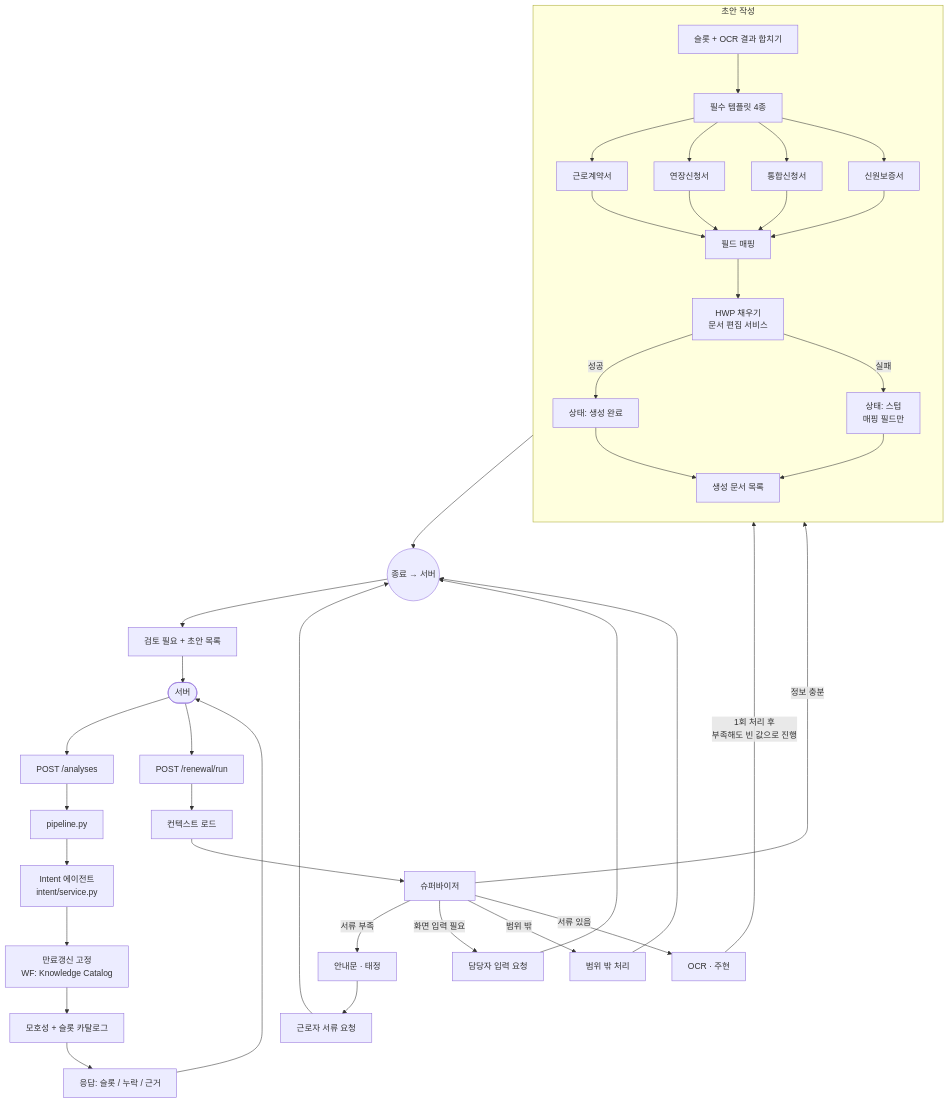
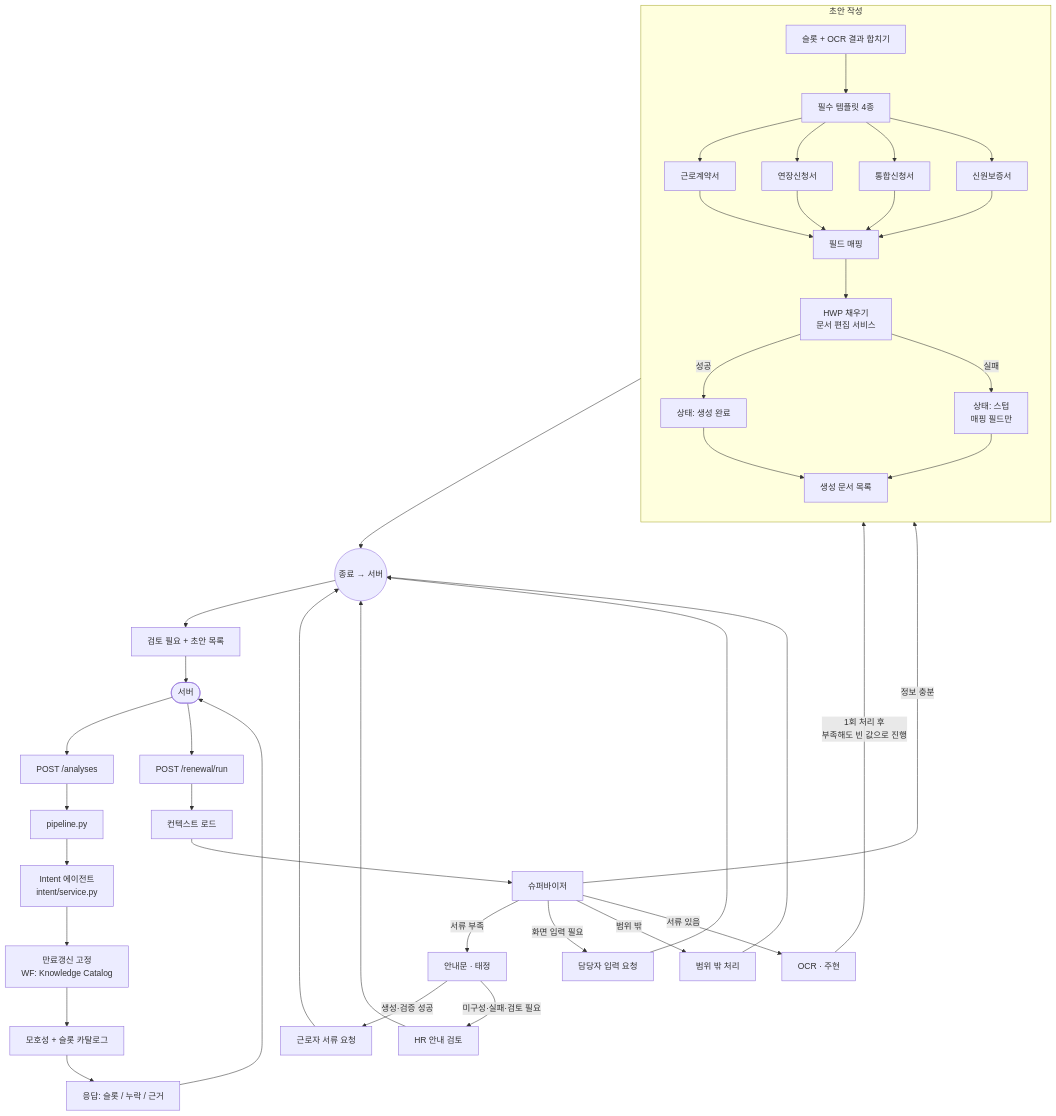
The diagram in app/agents/workflow_graph/README.md (fowoco/ai), drawn with Mermaid before and after one commit. The commit also changed other lines of this file and 10 other files, not shown here.

````diff
--- a/app/agents/workflow_graph/README.md
+++ b/app/agents/workflow_graph/README.md
@@ -44,53 +46,55 @@
 ```mermaid
 flowchart TB
   Server([서버])
 
   Server --> A["POST /analyses"]
   A --> P["pipeline.py"]
   P --> IA1["Intent 에이전트<br/>intent/service.py"]
   IA1 --> FIX1["만료갱신 고정<br/>WF: Knowledge Catalog"]
   FIX1 --> AMB1["모호성 + 슬롯 카탈로그"]
   AMB1 --> AR["응답: 슬롯 / 누락 / 근거"]
   AR --> Server
 
   Server --> R["POST /renewal/run"]
   R --> LC["컨텍스트 로드"]
   LC --> SUP["슈퍼바이저"]
 
   SUP -->|서류 부족| GUIDE["안내문 · 태정"]
   SUP -->|화면 입력 필요| AH["담당자 입력 요청"]
   SUP -->|범위 밖| OOS["범위 밖 처리"]
   SUP -->|서류 있음| OCR["OCR · 주현"]
   SUP -->|정보 충분| GEN
 
-  GUIDE --> AW["근로자 서류 요청"]
+  GUIDE -->|생성·검증 성공| AW["근로자 서류 요청"]
+  GUIDE -->|미구성·실패·검토 필요| GR["HR 안내 검토"]
 
   OCR -->|1회 처리 후<br/>부족해도 빈 값으로 진행| GEN
 
   AW --> ENDN((종료 → 서버))
+  GR --> ENDN
   AH --> ENDN
   OOS --> ENDN
 
   subgraph GEN["초안 작성"]
     direction TB
     M["슬롯 + OCR 결과 합치기"]
     M --> T["필수 템플릿 4종"]
     T --> T1["근로계약서"]
     T --> T2["연장신청서"]
     T --> T3["통합신청서"]
     T --> T4["신원보증서"]
     T1 --> MAP["필드 매핑"]
     T2 --> MAP
     T3 --> MAP
     T4 --> MAP
     MAP --> EDIT["HWP 채우기<br/>문서 편집 서비스"]
     EDIT -->|성공| OK["상태: 생성 완료"]
     EDIT -->|실패| ST["상태: 스텁<br/>매핑 필드만"]
     OK --> OUT["생성 문서 목록"]
     ST --> OUT
   end
 
   GEN --> ENDN
   ENDN --> RR["검토 필요 + 초안 목록"]
   RR --> Server
 ```
````
